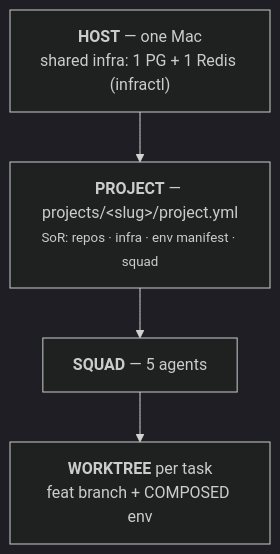
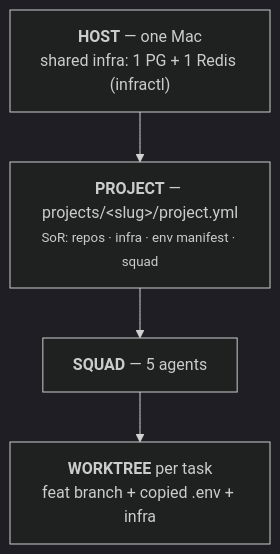
The first of 3 diagrams in multica/docs/design/env-and-execution-flow.md (nphattai/setup), drawn with Mermaid (dark theme) before and after one commit. The commit also changed other lines of this file and 19 other files, not shown here.

First line of the commit message:
refactor(multica): replace dotenvx with conductor copy-flow for worktree env

````diff
--- a/multica/docs/design/env-and-execution-flow.md
+++ b/multica/docs/design/env-and-execution-flow.md
@@ -10,8 +10,8 @@
 ```mermaid
 flowchart TD
     HOST["<b>HOST</b> — one Mac<br/>shared infra: 1 PG + 1 Redis (infractl)"]
     PROJ["<b>PROJECT</b> — projects/&lt;slug&gt;/project.yml<br/><small>SoR: repos · infra · env manifest · squad</small>"]
     SQUAD["<b>SQUAD</b> — 5 agents"]
-    WT["<b>WORKTREE</b> per task<br/>feat branch + COMPOSED env"]
+    WT["<b>WORKTREE</b> per task<br/>feat branch + copied .env + infra"]
     HOST --> PROJ --> SQUAD --> WT
 ```
````
